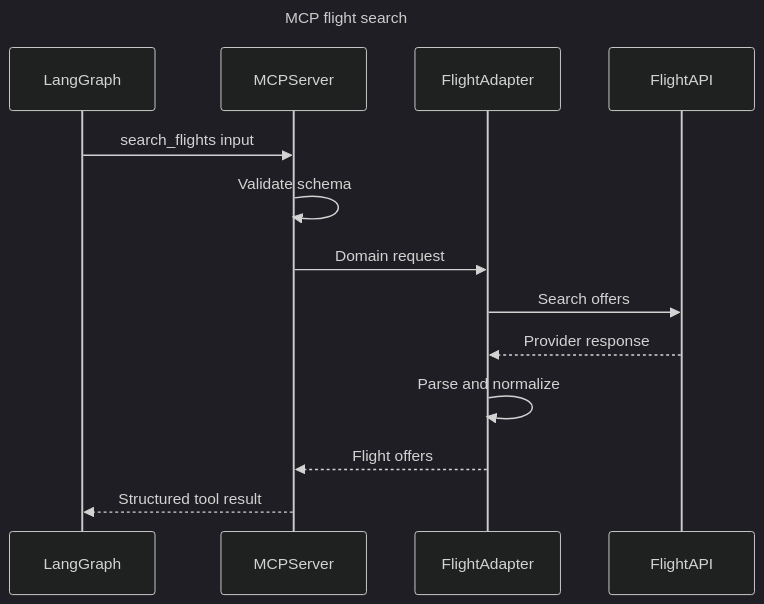
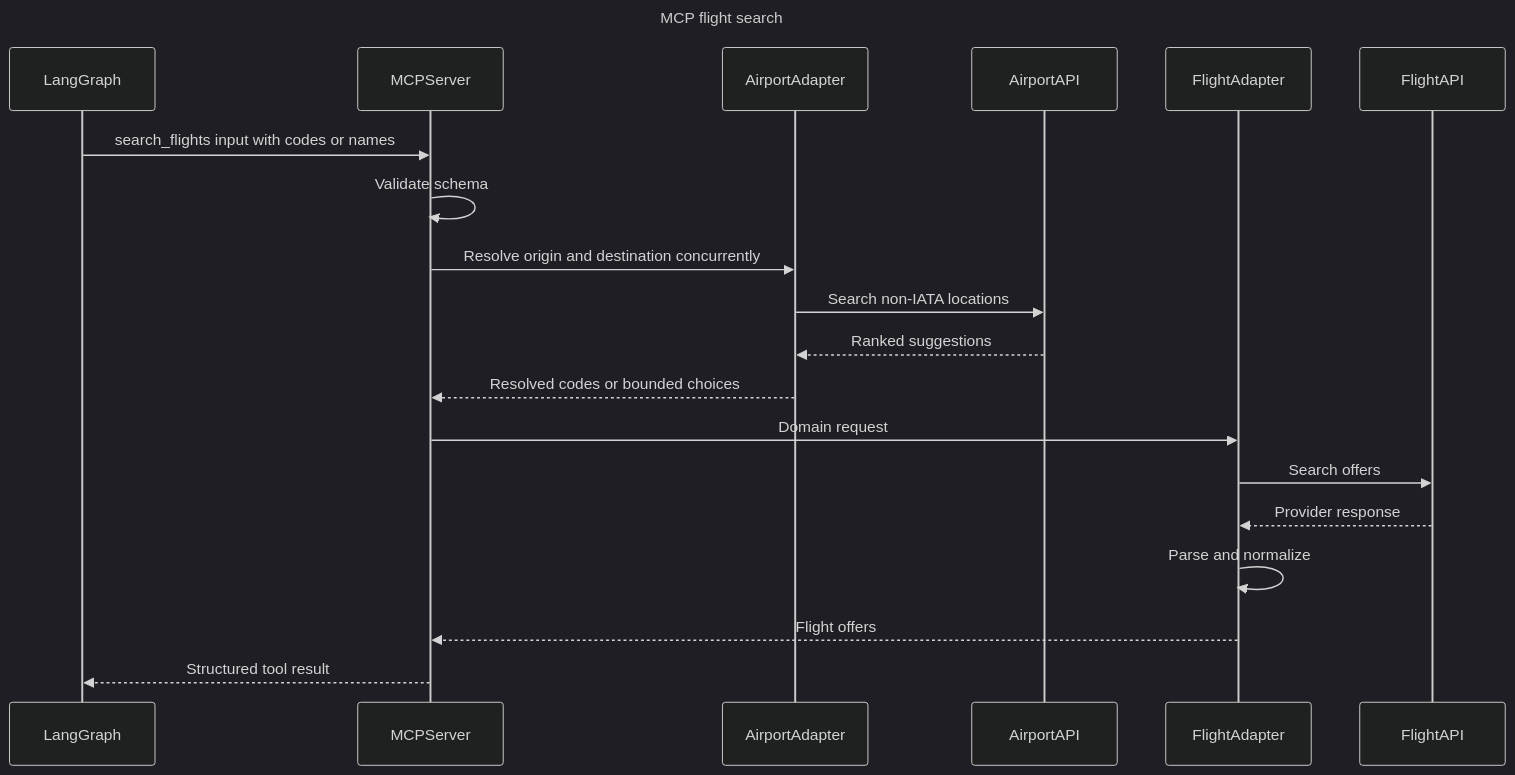
The diagram in docs/mcp-server.md (manipoint/map-server), drawn with Mermaid (dark theme) before and after one commit. The commit also changed other lines of this file and 86 other files, not shown here.

First line of the commit message:
Implement trips API, airport resolution & flight prep

````diff
--- a/docs/mcp-server.md
+++ b/docs/mcp-server.md
@@ -98,17 +112,23 @@
 ```mermaid
 sequenceDiagram
     title MCP flight search
     participant LangGraph
     participant MCPServer
+    participant AirportAdapter
+    participant AirportAPI
     participant FlightAdapter
     participant FlightAPI
 
-    LangGraph->>MCPServer: search_flights input
+    LangGraph->>MCPServer: search_flights input with codes or names
     MCPServer->>MCPServer: Validate schema
+    MCPServer->>AirportAdapter: Resolve origin and destination concurrently
+    AirportAdapter->>AirportAPI: Search non-IATA locations
+    AirportAPI-->>AirportAdapter: Ranked suggestions
+    AirportAdapter-->>MCPServer: Resolved codes or bounded choices
     MCPServer->>FlightAdapter: Domain request
     FlightAdapter->>FlightAPI: Search offers
     FlightAPI-->>FlightAdapter: Provider response
     FlightAdapter->>FlightAdapter: Parse and normalize
     FlightAdapter-->>MCPServer: Flight offers
     MCPServer-->>LangGraph: Structured tool result
 ```
````
